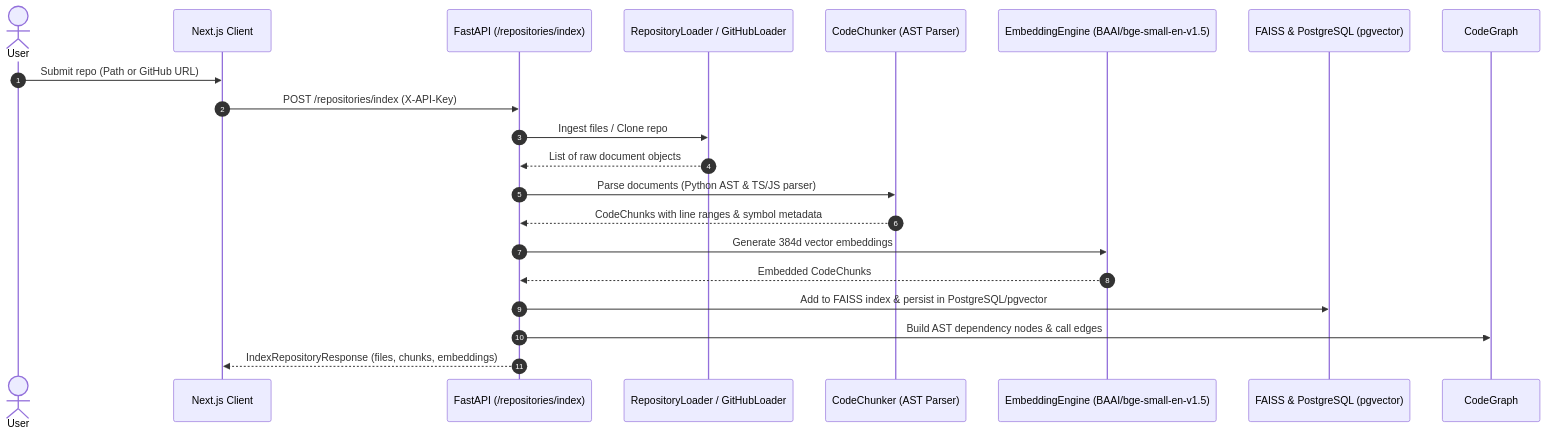
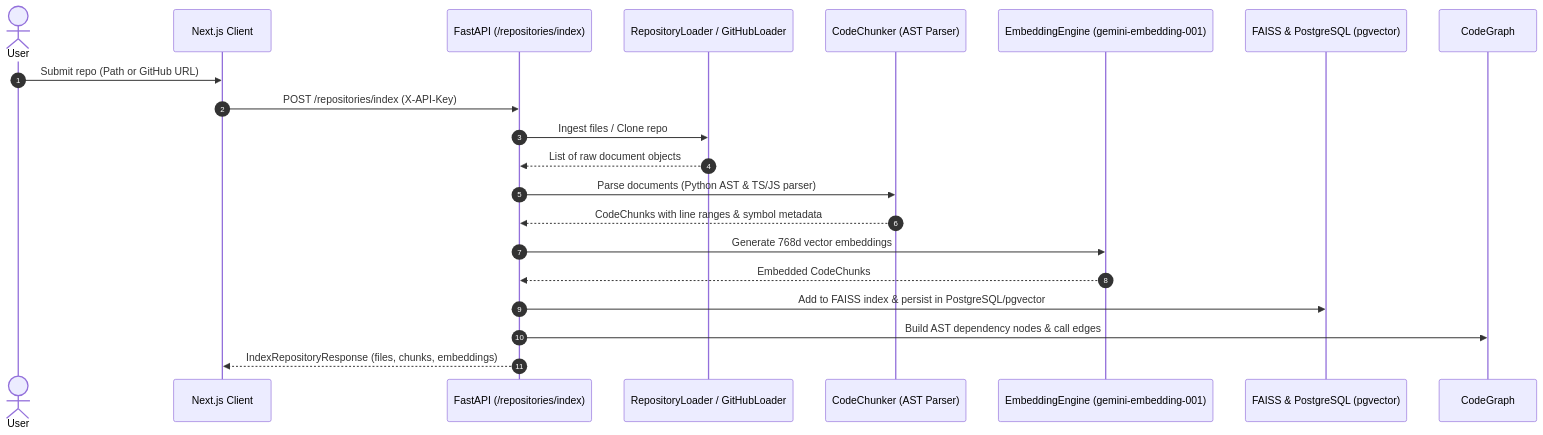
Before and after one commit to huzefa-lokhandwala/DevMind-AI: the second of 3 diagrams in docs/ARCHITECTURE.md, drawn with Mermaid. The commit also changed other lines of this file and 18 other files, not shown here.

Commit message:
fix: switch embeddings to Gemini for Render deployment

````diff
--- a/docs/ARCHITECTURE.md
+++ b/docs/ARCHITECTURE.md
@@ -58,24 +58,24 @@
 ```mermaid
 sequenceDiagram
     autonumber
     actor User
     participant Frontend as Next.js Client
     participant API as FastAPI (/repositories/index)
     participant Loader as RepositoryLoader / GitHubLoader
     participant Chunker as CodeChunker (AST Parser)
-    participant Embedder as EmbeddingEngine (BAAI/bge-small-en-v1.5)
+    participant Embedder as EmbeddingEngine (gemini-embedding-001)
     participant Stores as FAISS & PostgreSQL (pgvector)
     participant Graph as CodeGraph
 
     User->>Frontend: Submit repo (Path or GitHub URL)
     Frontend->>API: POST /repositories/index (X-API-Key)
     API->>Loader: Ingest files / Clone repo
     Loader-->>API: List of raw document objects
     API->>Chunker: Parse documents (Python AST & TS/JS parser)
     Chunker-->>API: CodeChunks with line ranges & symbol metadata
-    API->>Embedder: Generate 384d vector embeddings
+    API->>Embedder: Generate 768d vector embeddings
     Embedder-->>API: Embedded CodeChunks
     API->>Stores: Add to FAISS index & persist in PostgreSQL/pgvector
     API->>Graph: Build AST dependency nodes & call edges
     API-->>Frontend: IndexRepositoryResponse (files, chunks, embeddings)
 ```
````
